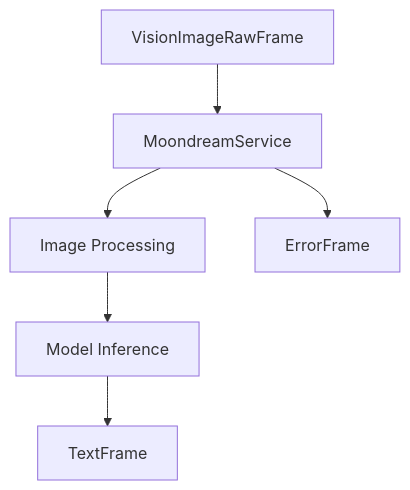
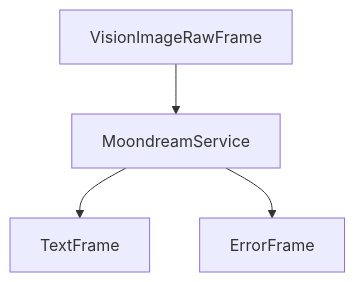
The diagram in api-reference/services/vision/moondream.mdx (pipecat-ai/docs), drawn with Mermaid before and after one commit. The commit also changed 25 other files, not shown here.

Commit message:
Clean up Frame Flow diagrams

````diff
--- a/api-reference/services/vision/moondream.mdx
+++ b/api-reference/services/vision/moondream.mdx
@@ -137,8 +137,6 @@
 ```mermaid
 graph TD
     A[VisionImageRawFrame] --> B[MoondreamService]
-    B --> C[Image Processing]
-    C --> D[Model Inference]
-    D --> E[TextFrame]
-    B --> F[ErrorFrame]
+    B --> C[TextFrame]
+    B --> D[ErrorFrame]
 ```
````
